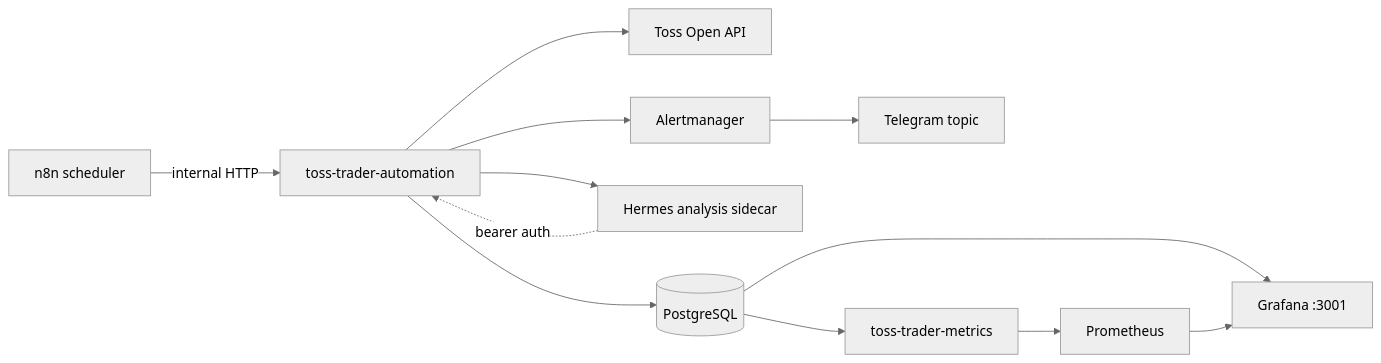
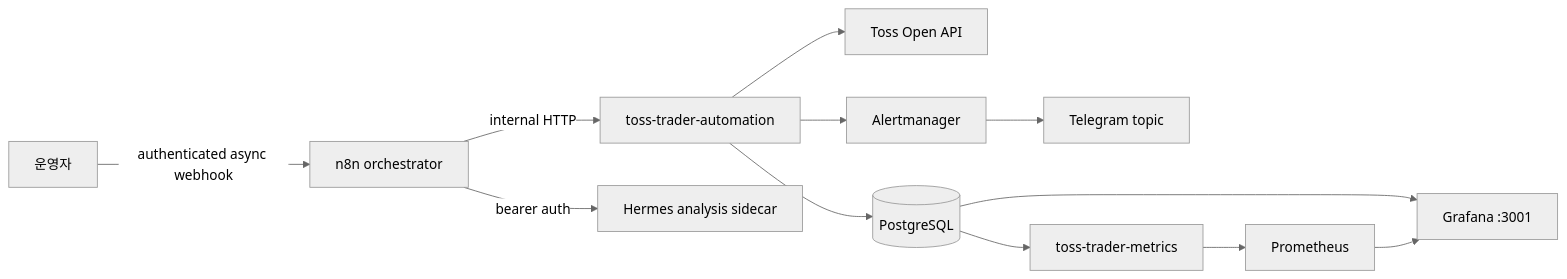
The first of 4 diagrams in docs/system-workflow.md (hunchulchoi/toss-trader), drawn with Mermaid (neutral theme) before and after one commit. The commit also changed other lines of this file and 4 other files, not shown here.

````diff
--- a/docs/system-workflow.md
+++ b/docs/system-workflow.md
@@ -5,14 +5,14 @@
 ```mermaid
 flowchart LR
-    N[n8n scheduler] -->|internal HTTP| A[toss-trader-automation]
+    O[운영자] -->|authenticated async webhook| N[n8n orchestrator]
+    N -->|internal HTTP| A[toss-trader-automation]
     A --> C[Toss Open API]
     A --> P[(PostgreSQL)]
-    A --> H[Hermes analysis sidecar]
-    H -. bearer auth .-> A
+    N -->|bearer auth| H[Hermes analysis sidecar]
     A --> AM[Alertmanager]
     AM --> T[Telegram topic]
     P --> M[toss-trader-metrics]
     M --> PR[Prometheus]
     P --> G[Grafana :3001]
     PR --> G
 ```
````
